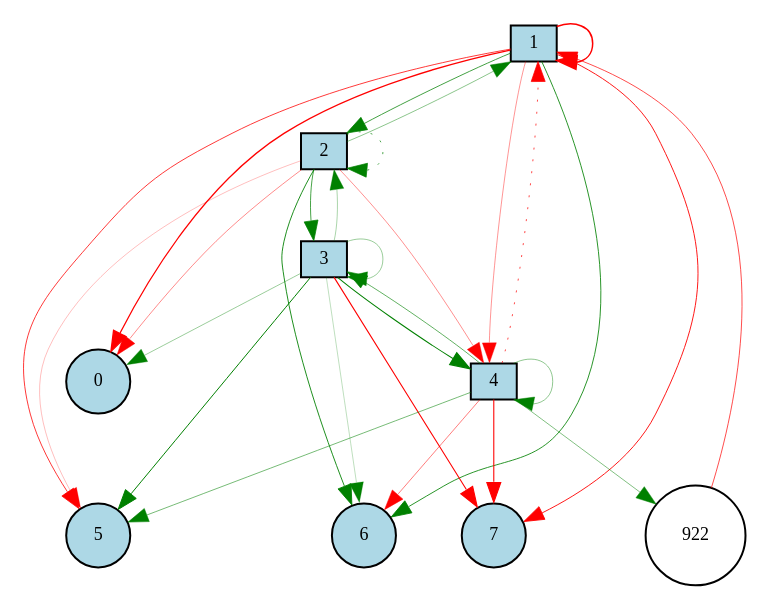
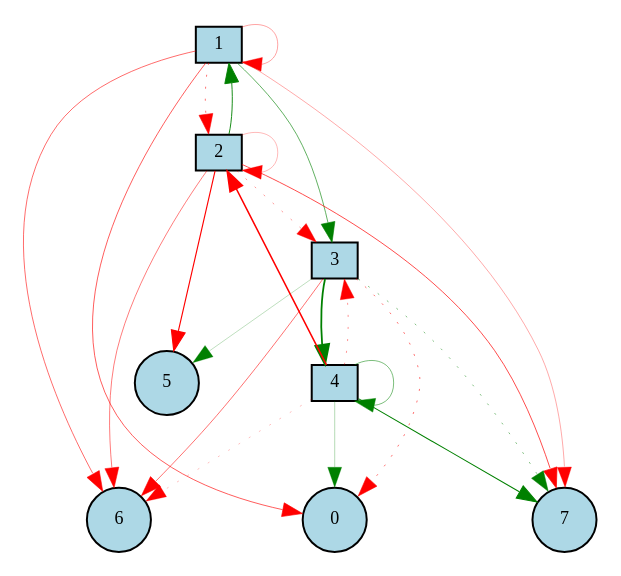
Before and after one commit to katomasahiro10/cyclic_task: the diagram in out/Digraph.gv, drawn with Graphviz. The commit also changed 204 other files, not shown here.

```diff
--- a/out/Digraph.gv
+++ b/out/Digraph.gv
@@ -1,45 +1,38 @@
 digraph {
 	node [fontsize=9 height=0.2 shape=circle width=0.2]
 	1 [fillcolor=lightgray shape=box style=filled]
 	2 [fillcolor=lightgray shape=box style=filled]
 	3 [fillcolor=lightgray shape=box style=filled]
 	4 [fillcolor=lightgray shape=box style=filled]
 	0 [fillcolor=lightblue style=filled]
 	1 [fillcolor=lightblue style=filled]
 	2 [fillcolor=lightblue style=filled]
 	3 [fillcolor=lightblue style=filled]
 	4 [fillcolor=lightblue style=filled]
 	5 [fillcolor=lightblue style=filled]
 	6 [fillcolor=lightblue style=filled]
 	7 [fillcolor=lightblue style=filled]
-	922 [fillcolor=white style=filled]
-	3 -> 6 [color=green penwidth=0.12593241886127043 style=solid]
-	4 -> 5 [color=green penwidth=0.27261081312531255 style=solid]
-	1 -> 2 [color=green penwidth=0.36558877400157763 style=solid]
-	2 -> 0 [color=red penwidth=0.22814780300751206 style=solid]
-	4 -> 7 [color=red penwidth=0.5378450692590522 style=solid]
-	2 -> 2 [color=green penwidth=0.3499384407265206 style=dotted]
-	2 -> 1 [color=green penwidth=0.22955877156527568 style=solid]
-	4 -> 4 [color=green penwidth=0.22272274589723795 style=solid]
-	4 -> 3 [color=green penwidth=0.31023375455083113 style=solid]
-	1 -> 5 [color=red penwidth=0.3932787151422834 style=solid]
-	3 -> 3 [color=green penwidth=0.20283988827778499 style=solid]
-	3 -> 5 [color=green penwidth=0.4956847267299582 style=solid]
-	1 -> 0 [color=red penwidth=0.6642173170333476 style=solid]
-	4 -> 1 [color=red penwidth=0.3601153819628633 style=dotted]
-	1 -> 1 [color=red penwidth=0.7512053577539762 style=solid]
-	3 -> 7 [color=red penwidth=0.5490340724704562 style=solid]
-	2 -> 5 [color=red penwidth=0.1290096074874501 style=solid]
-	922 -> 1 [color=red penwidth=0.34594234659332024 style=solid]
-	2 -> 3 [color=green penwidth=0.36499864997108256 style=solid]
-	1 -> 7 [color=red penwidth=0.44636141808217267 style=solid]
-	3 -> 0 [color=green penwidth=0.19830200837390893 style=solid]
-	4 -> 6 [color=red penwidth=0.25926690952986375 style=solid]
-	3 -> 2 [color=green penwidth=0.17211584714728553 style=solid]
-	4 -> 922 [color=green penwidth=0.25016088528482394 style=solid]
-	1 -> 4 [color=red penwidth=0.21105160146271335 style=solid]
-	2 -> 4 [color=red penwidth=0.21537010805830614 style=solid]
-	3 -> 4 [color=green penwidth=0.5245803673507708 style=solid]
-	1 -> 6 [color=green penwidth=0.41622722687633196 style=solid]
-	2 -> 6 [color=green penwidth=0.4364812679200396 style=solid]
+	3 -> 6 [color=red penwidth=0.2775711918193873 style=solid]
+	2 -> 2 [color=red penwidth=0.13502578088141942 style=solid]
+	1 -> 0 [color=red penwidth=0.3158393465609882 style=solid]
+	1 -> 2 [color=red penwidth=0.2817717416905421 style=dotted]
+	1 -> 1 [color=red penwidth=0.1789772432537979 style=solid]
+	4 -> 2 [color=red penwidth=0.746306220621754 style=solid]
+	3 -> 7 [color=green penwidth=0.2538096148723432 style=dotted]
+	3 -> 0 [color=red penwidth=0.28246193850033696 style=dotted]
+	2 -> 5 [color=red penwidth=0.5716859247722424 style=solid]
+	4 -> 0 [color=green penwidth=0.14823495720382682 style=solid]
+	3 -> 4 [color=green penwidth=0.894444966570829 style=solid]
+	2 -> 7 [color=red penwidth=0.3460256365926092 style=solid]
+	3 -> 5 [color=green penwidth=0.13341660542288697 style=solid]
+	2 -> 1 [color=green penwidth=0.4454463126562518 style=solid]
+	4 -> 4 [color=green penwidth=0.25869697855391127 style=solid]
+	2 -> 3 [color=red penwidth=0.20491928889464617 style=dotted]
+	1 -> 7 [color=red penwidth=0.17257761695718465 style=solid]
+	4 -> 3 [color=red penwidth=0.2053542507040349 style=dotted]
+	4 -> 6 [color=red penwidth=0.13424117450779488 style=dotted]
+	1 -> 3 [color=green penwidth=0.308595661197048 style=solid]
+	4 -> 7 [color=green penwidth=0.515945943525729 style=solid]
+	1 -> 6 [color=red penwidth=0.2894057579624829 style=solid]
+	2 -> 6 [color=red penwidth=0.2550172173590389 style=solid]
 }
```
